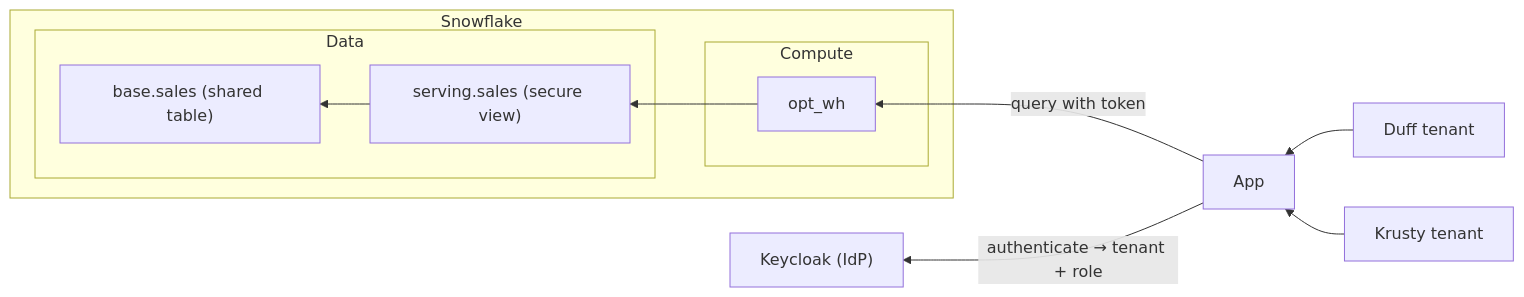
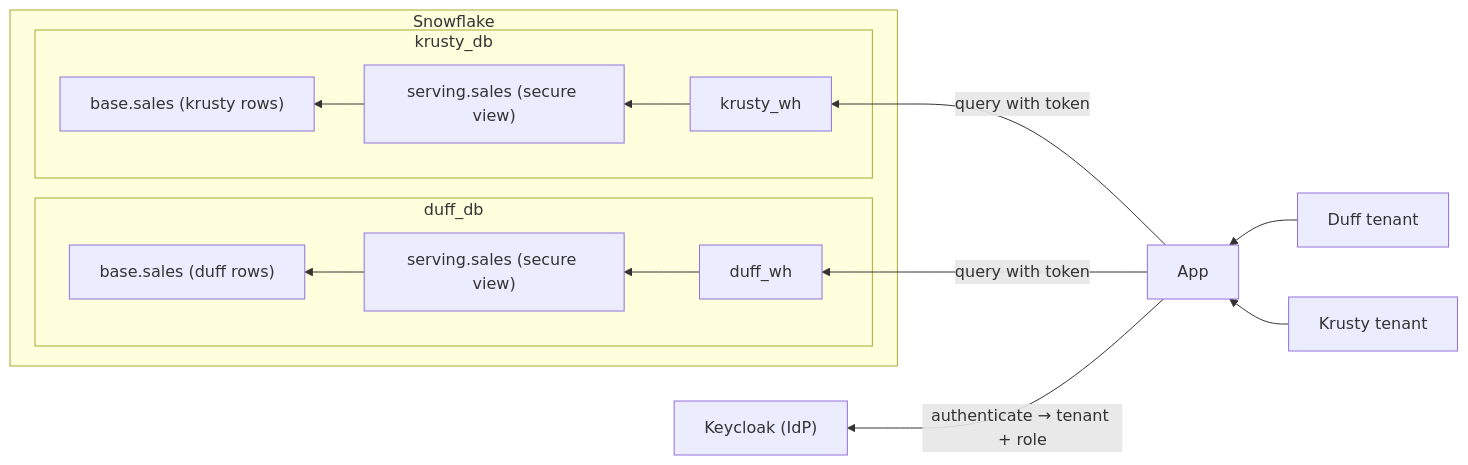
One commit to sfc-gh-rdominguez/snowflake-mutlitenant-patterns changed the diagram in opt/docs/00_WALKTHROUGH.md. Above: the diagram before and after it, drawn with Mermaid. The commit also changed other lines of this file and 1 other file, not shown here.

````diff
--- a/opt/docs/00_WALKTHROUGH.md
+++ b/opt/docs/00_WALKTHROUGH.md
@@ -12,18 +15,25 @@
 ```mermaid
 flowchart RL
+    subgraph snowflake["Snowflake"]
+        subgraph duffdb["duff_db"]
+            duff_wh["duff_wh"]
+            duff_view["serving.sales (secure view)"]
+            duff_base["base.sales (duff rows)"]
+        end
+        subgraph krustydb["krusty_db"]
+            krusty_wh["krusty_wh"]
+            krusty_view["serving.sales (secure view)"]
+            krusty_base["base.sales (krusty rows)"]
+        end
+    end
+
     duff["Duff tenant"] --> app
     krusty["Krusty tenant"] --> app
     app["App"] -->|"authenticate → tenant + role"| idp["Keycloak (IdP)"]
-    app -->|"query with token"| opt-wh
-
-    subgraph snowflake["Snowflake"]
-        subgraph compute["Compute"]
-            opt-wh["opt_wh"]
-        end
-        subgraph data["Data"]
-            view["serving.sales (secure view)"] --> sales["base.sales (shared table)"]
-        end
-
-            opt-wh --> view
-    end
+    app -->|"query with token"| duff_wh
+    app -->|"query with token"| krusty_wh
+    duff_wh --> duff_view
+    duff_view --> duff_base
+    krusty_wh --> krusty_view
+    krusty_view --> krusty_base
 ```
````
